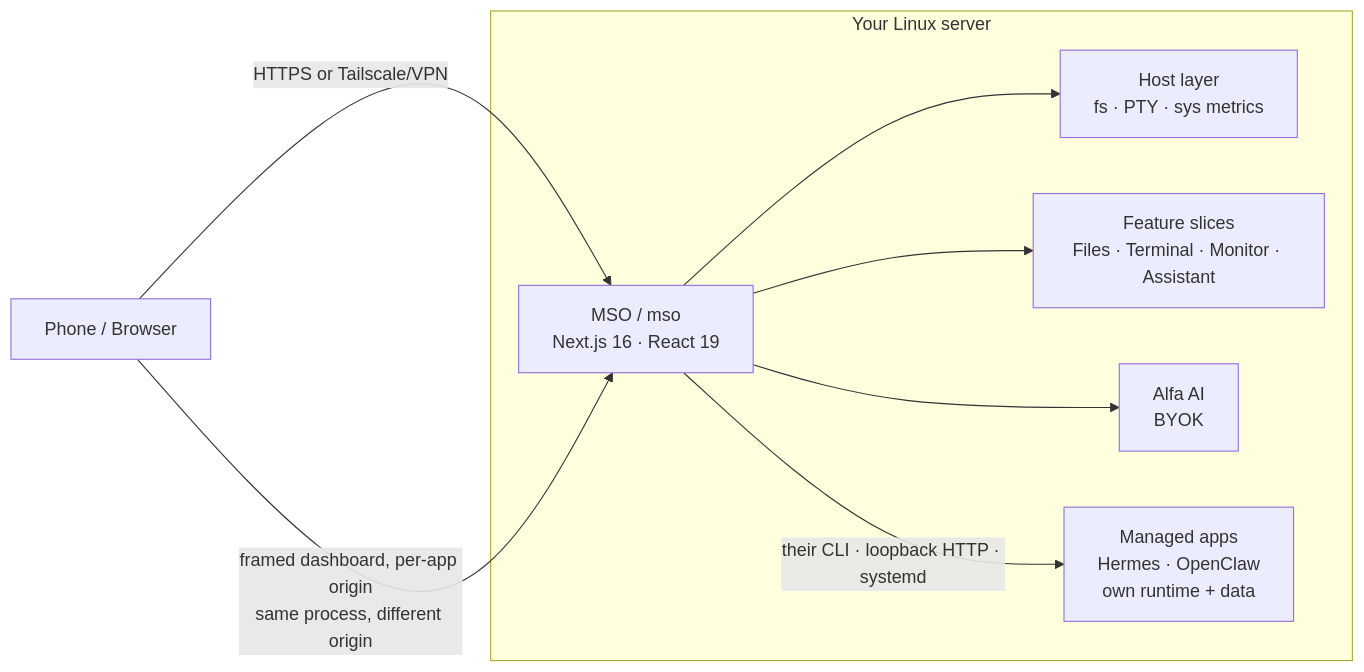
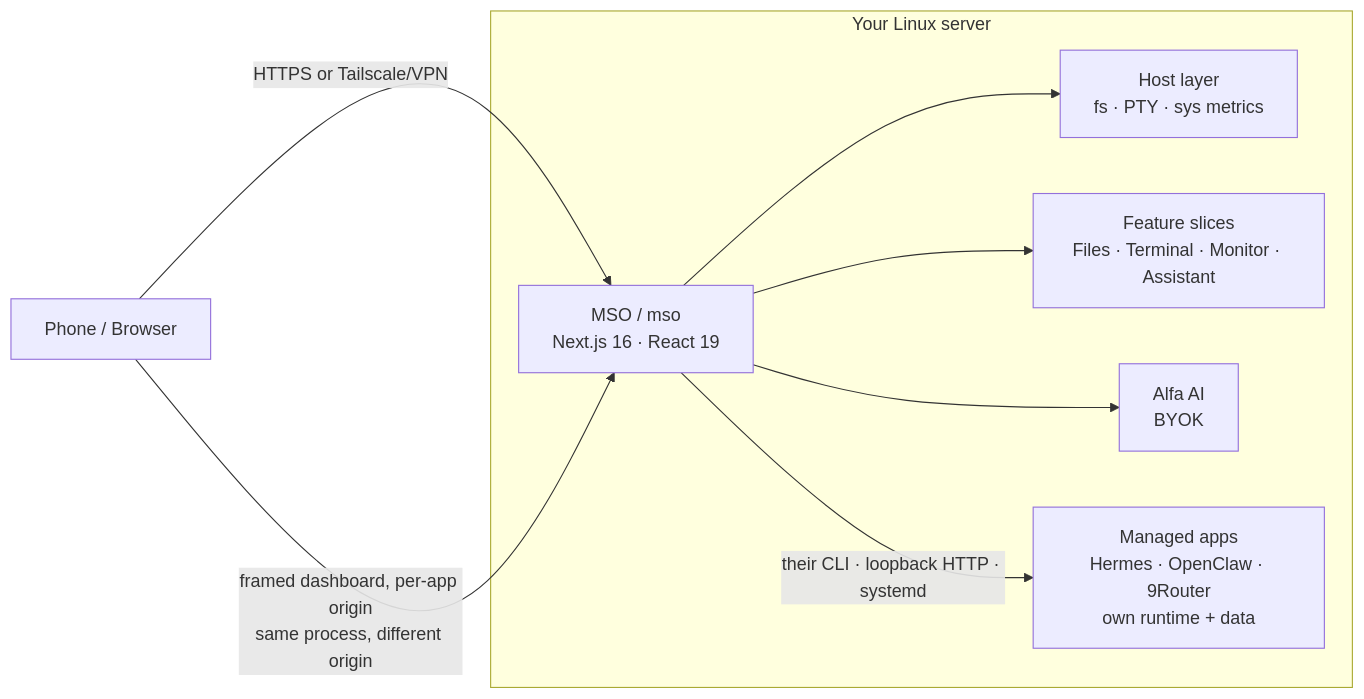
One commit to rahmanef63/mso changed the diagram in README.md. Above: the diagram before and after it, drawn with Mermaid. The commit also changed other lines of this file and 21 other files, not shown here.

Commit message:
fix(managed-apps): make 9router public-ip first

````diff
--- a/README.md
+++ b/README.md
@@ -248,17 +248,17 @@
 ```mermaid
 flowchart LR
   U["Phone / Browser"]
   subgraph VPS["Your Linux server"]
     APP["MSO / mso<br/>Next.js 16 · React 19"]
     HOST["Host layer<br/>fs · PTY · sys metrics"]
     SLICES["Feature slices<br/>Files · Terminal · Monitor · Assistant"]
     AI["Alfa AI<br/>BYOK"]
-    MANAGED["Managed apps<br/>Hermes · OpenClaw<br/>own runtime + data"]
+    MANAGED["Managed apps<br/>Hermes · OpenClaw · 9Router<br/>own runtime + data"]
   end
   U -->|"HTTPS or Tailscale/VPN"| APP
   U -->|"framed dashboard, per-app origin<br/>same process, different origin"| APP
   APP --> HOST
   APP --> SLICES
   APP --> AI
   APP -->|"their CLI · loopback HTTP · systemd"| MANAGED
 ```
````
